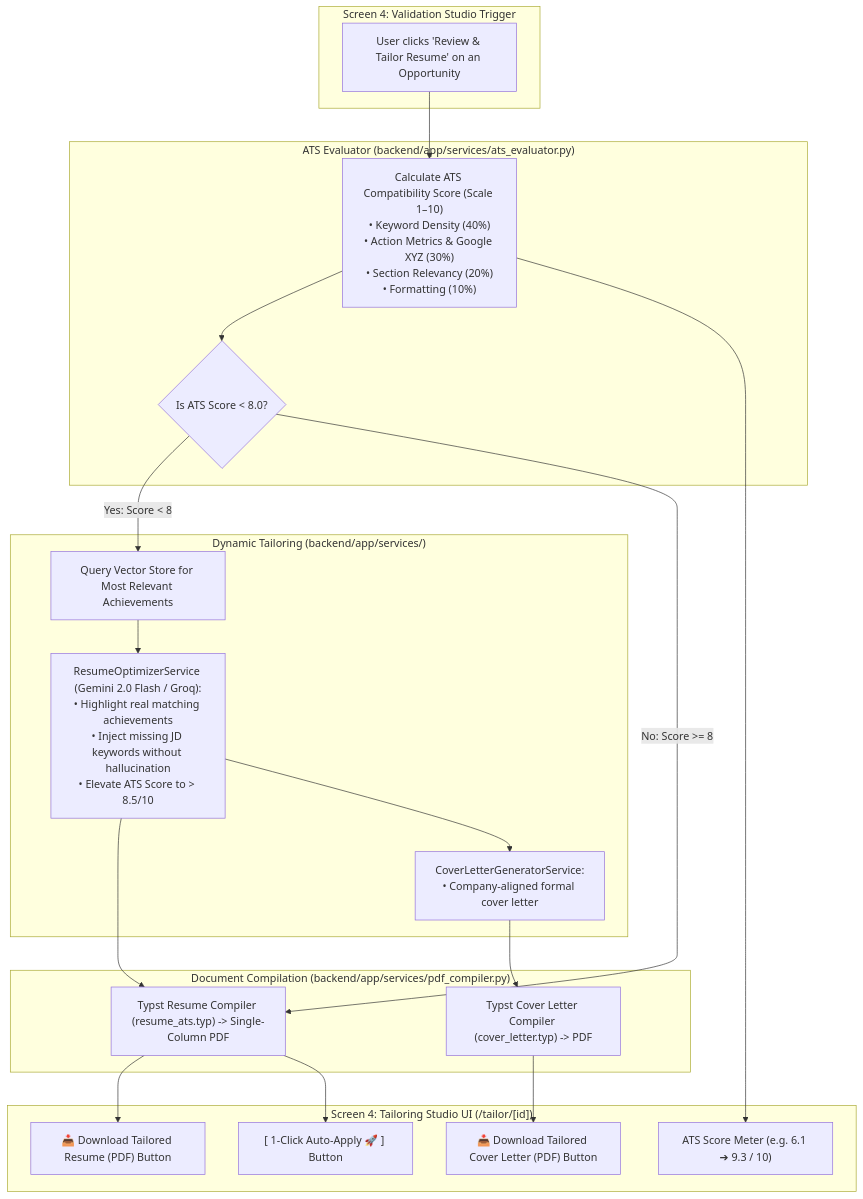
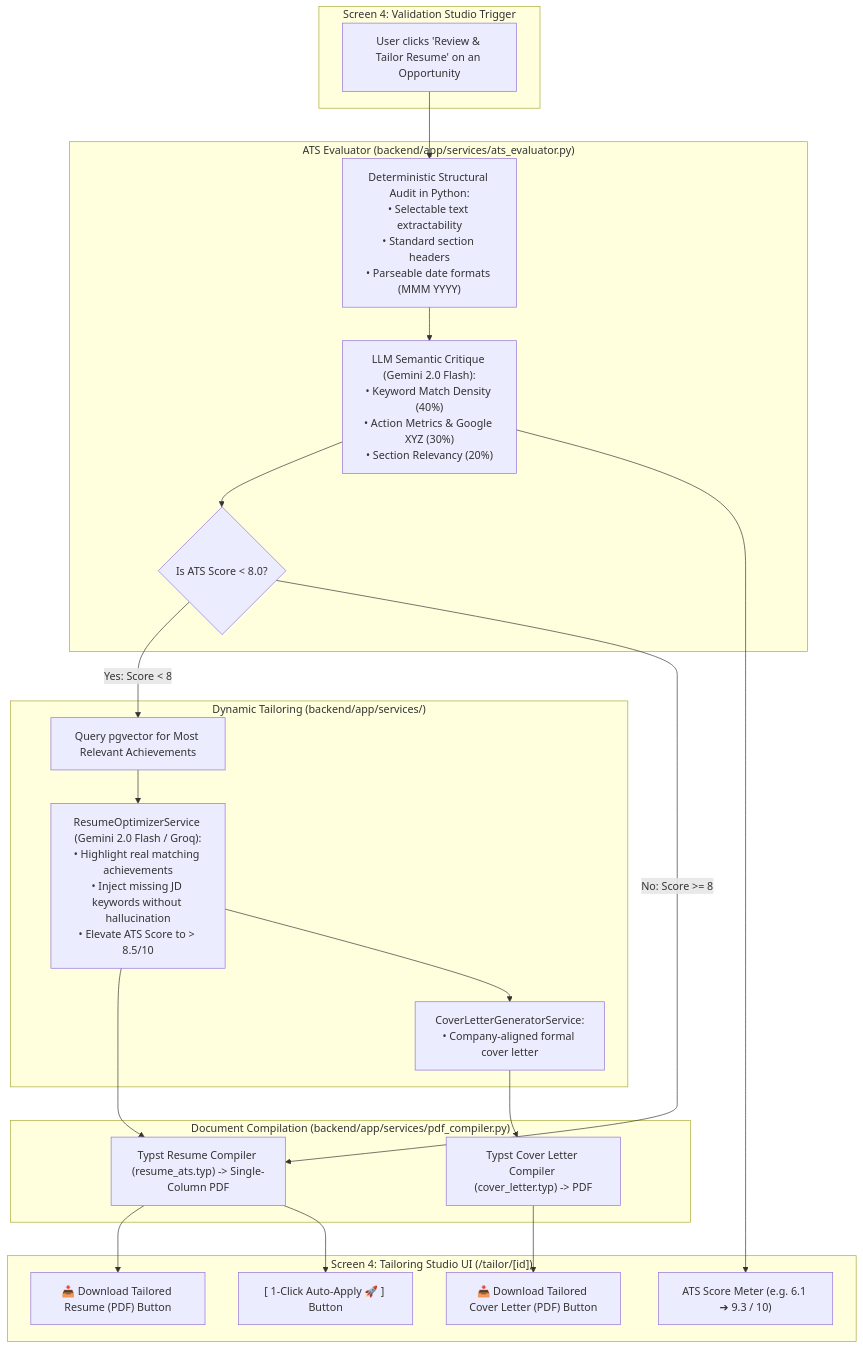
One commit to creed-online/getaJob.ai changed the fourth of 7 diagrams in Docs/IMPLEMENTATION_PLAN.md. Above: the diagram before and after it, drawn with Mermaid. The commit also changed other lines of this file and 3 other files, not shown here.

Commit message:
docs: sync wiki with refactored architecture

````diff
--- a/Docs/IMPLEMENTATION_PLAN.md
+++ b/Docs/IMPLEMENTATION_PLAN.md
@@ -261,39 +233,40 @@
 ```mermaid
 flowchart TD
     subgraph TriggerAction ["Screen 4: Validation Studio Trigger"]
         UserClick["User clicks 'Review & Tailor Resume' on an Opportunity"]
     end
 
     subgraph ATSEvaluator ["ATS Evaluator (backend/app/services/ats_evaluator.py)"]
-        Eval["Calculate ATS Compatibility Score (Scale 1–10)\n• Keyword Density (40%)\n• Action Metrics & Google XYZ (30%)\n• Section Relevancy (20%)\n• Formatting (10%)"]
+        CodeAudit["Deterministic Structural Audit in Python:\n• Selectable text extractability\n• Standard section headers\n• Parseable date formats (MMM YYYY)"]
+        LLMAudit["LLM Semantic Critique (Gemini 2.0 Flash):\n• Keyword Match Density (40%)\n• Action Metrics & Google XYZ (30%)\n• Section Relevancy (20%)"]
         CheckScore{"Is ATS Score < 8.0?"}
     end
 
     subgraph OptimizerEngine ["Dynamic Tailoring (backend/app/services/)"]
-        RAG_Query["Query Vector Store for Most Relevant Achievements"]
+        RAG_Query["Query pgvector for Most Relevant Achievements"]
         Optimizer["ResumeOptimizerService (Gemini 2.0 Flash / Groq):\n• Highlight real matching achievements\n• Inject missing JD keywords without hallucination\n• Elevate ATS Score to > 8.5/10"]
         CoverGen["CoverLetterGeneratorService:\n• Company-aligned formal cover letter"]
     end
 
     subgraph TypstCompiler ["Document Compilation (backend/app/services/pdf_compiler.py)"]
         CompileResume["Typst Resume Compiler (resume_ats.typ) -> Single-Column PDF"]
         CompileCV["Typst Cover Letter Compiler (cover_letter.typ) -> PDF"]
     end
 
     subgraph S4_UI ["Screen 4: Tailoring Studio UI (/tailor/[id])"]
         ScoreGauge["ATS Score Meter (e.g. 6.1 ➔ 9.3 / 10)"]
         DL_Resume["📥 Download Tailored Resume (PDF) Button"]
         DL_CV["📥 Download Tailored Cover Letter (PDF) Button"]
         BtnApply["[ 1-Click Auto-Apply 🚀 ] Button"]
     end
 
-    UserClick --> Eval --> CheckScore
+    UserClick --> CodeAudit --> LLMAudit --> CheckScore
     CheckScore -->|Yes: Score < 8| RAG_Query --> Optimizer --> CompileResume
     CheckScore -->|No: Score >= 8| CompileResume
     Optimizer --> CoverGen --> CompileCV
 
     CompileResume --> DL_Resume
     CompileCV --> DL_CV
-    Eval --> ScoreGauge
+    LLMAudit --> ScoreGauge
     CompileResume --> BtnApply
 ```
````
